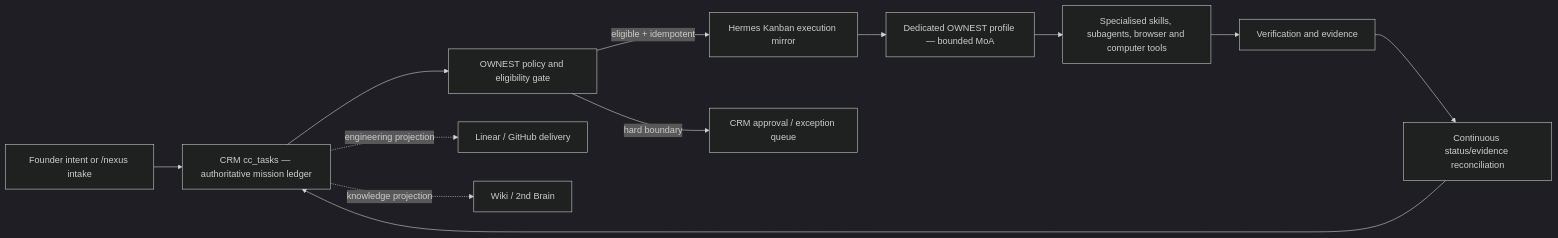
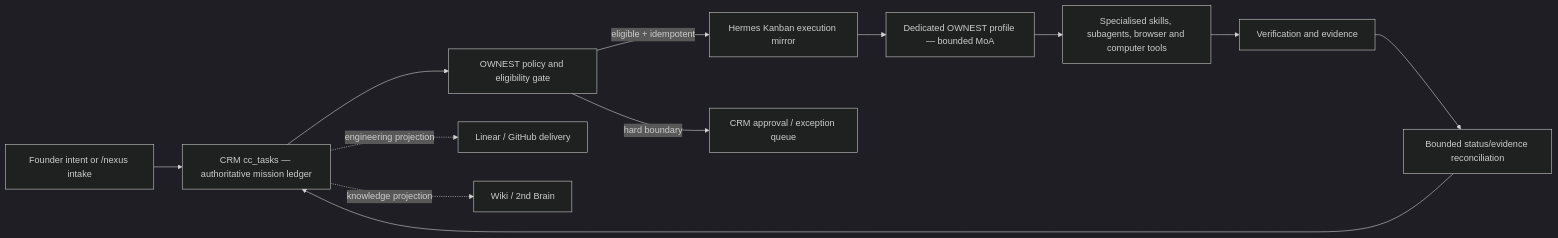
The diagram in docs/superpowers/specs/2026-07-12-crm-hermes-ownership-control-plane-design.md (CleanExpo/Unite-Group), drawn with Mermaid (dark theme) before and after one commit. The commit also changed other lines of this file and 12 other files, not shown here.

````diff
--- a/docs/superpowers/specs/2026-07-12-crm-hermes-ownership-control-plane-design.md
+++ b/docs/superpowers/specs/2026-07-12-crm-hermes-ownership-control-plane-design.md
@@ -58,14 +84,14 @@
 ```mermaid
 flowchart LR
     I["Founder intent or /nexus intake"] --> C["CRM cc_tasks — authoritative mission ledger"]
     C --> P["OWNEST policy and eligibility gate"]
     P -->|"eligible + idempotent"| K["Hermes Kanban execution mirror"]
     P -->|"hard boundary"| A["CRM approval / exception queue"]
     K --> M["Dedicated OWNEST profile — bounded MoA"]
     M --> S["Specialised skills, subagents, browser and computer tools"]
     S --> V["Verification and evidence"]
-    V --> R["Continuous status/evidence reconciliation"]
+    V --> R["Bounded status/evidence reconciliation"]
     R --> C
     C -. "engineering projection" .-> L["Linear / GitHub delivery"]
     C -. "knowledge projection" .-> W["Wiki / 2nd Brain"]
 ```
````
